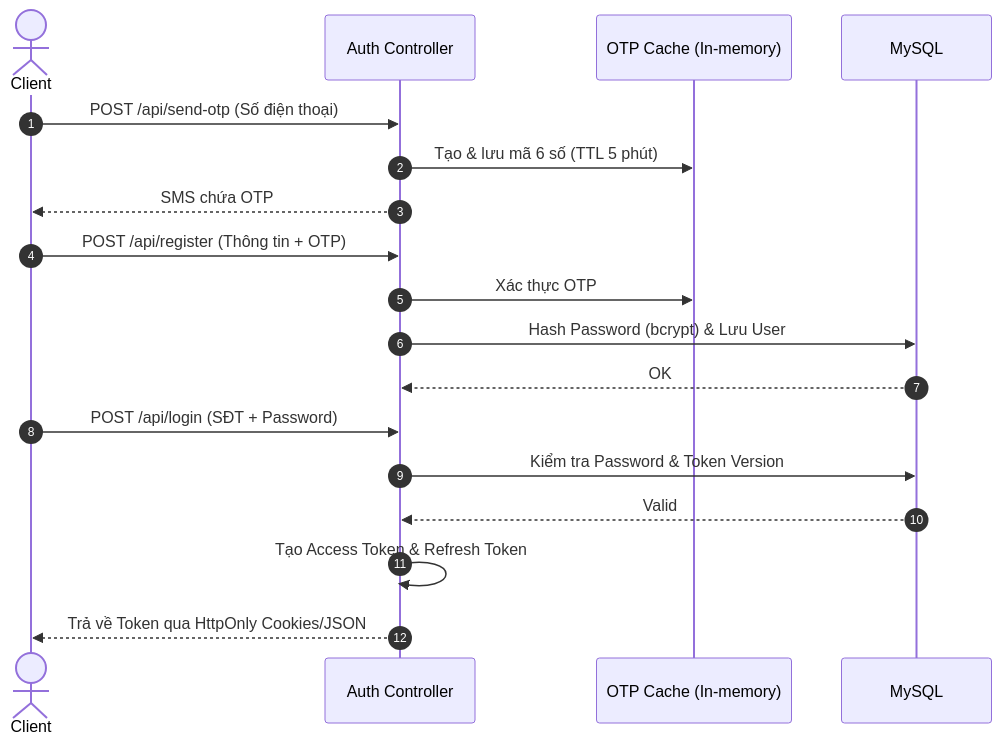
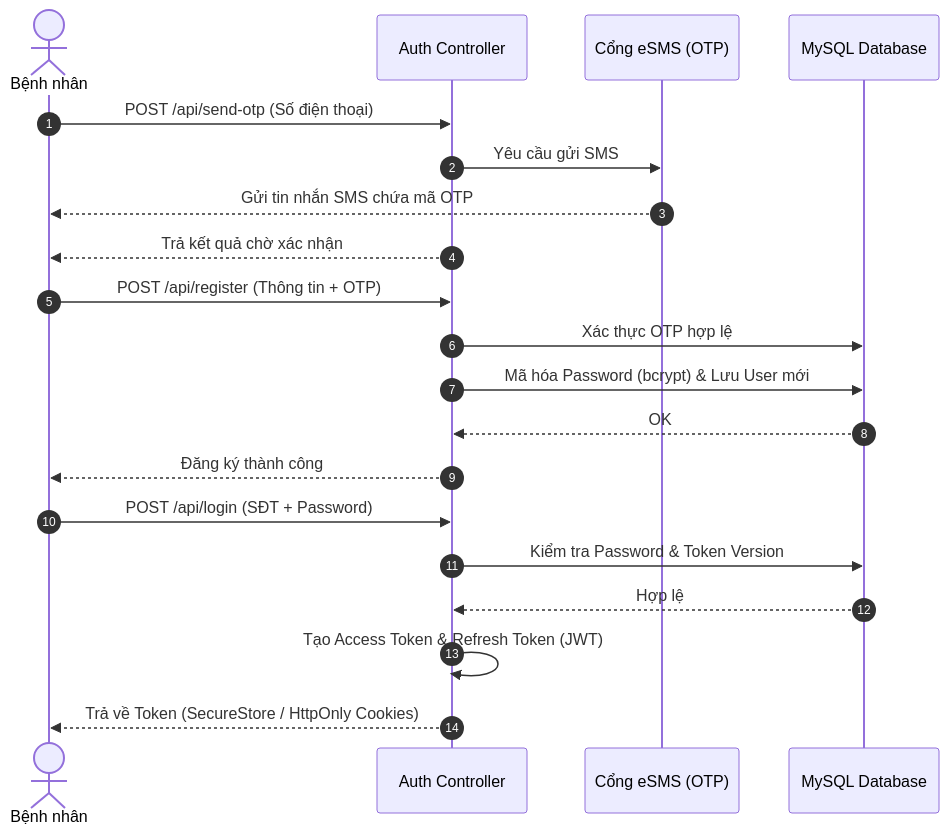
Before and after one commit to 2imBenne/markdown1906: diagram 19 of 30 in BE_FLOW_DOCUMENTATION.md, drawn with Mermaid. The commit also changed other lines of this file, not shown here.

````diff
--- a/BE_FLOW_DOCUMENTATION.md
+++ b/BE_FLOW_DOCUMENTATION.md
@@ -446,25 +556,27 @@
 ```mermaid
 sequenceDiagram
     autonumber
-    actor User as Client
+    actor User as Bệnh nhân
     participant API as Auth Controller
-    participant OTP as OTP Cache (In-memory)
-    participant DB as MySQL
+    participant eSMS as Cổng eSMS (OTP)
+    participant DB as MySQL Database
 
     %% Luồng đăng ký & OTP
     User->>API: POST /api/send-otp (Số điện thoại)
-    API->>OTP: Tạo & lưu mã 6 số (TTL 5 phút)
-    API-->>User: SMS chứa OTP
+    API->>eSMS: Yêu cầu gửi SMS
+    eSMS-->>User: Gửi tin nhắn SMS chứa mã OTP
+    API-->>User: Trả kết quả chờ xác nhận
 
     User->>API: POST /api/register (Thông tin + OTP)
-    API->>OTP: Xác thực OTP
-    API->>DB: Hash Password (bcrypt) & Lưu User
+    API->>DB: Xác thực OTP hợp lệ
+    API->>DB: Mã hóa Password (bcrypt) & Lưu User mới
     DB-->>API: OK
+    API-->>User: Đăng ký thành công
 
     %% Luồng đăng nhập
     User->>API: POST /api/login (SĐT + Password)
     API->>DB: Kiểm tra Password & Token Version
-    DB-->>API: Valid
-    API->>API: Tạo Access Token & Refresh Token
-    API-->>User: Trả về Token qua HttpOnly Cookies/JSON
+    DB-->>API: Hợp lệ
+    API->>API: Tạo Access Token & Refresh Token (JWT)
+    API-->>User: Trả về Token (SecureStore / HttpOnly Cookies)
 ```
````
